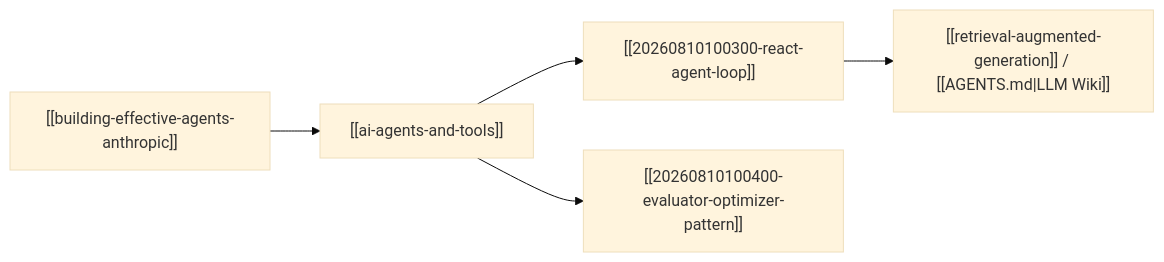
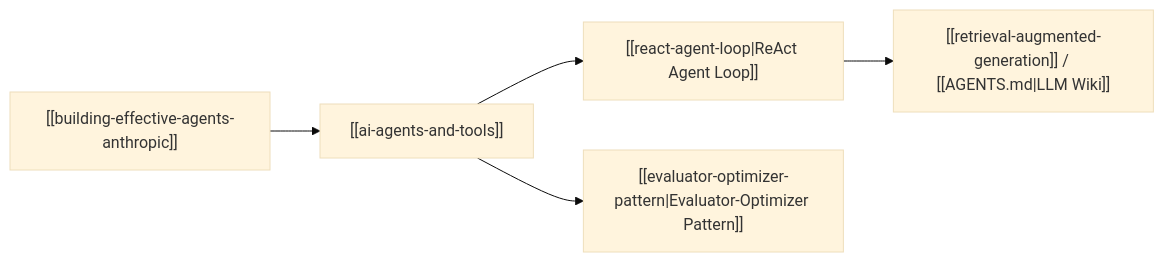
One commit to gopalshivapuja/ai-wiki changed the diagram in wiki/syntheses/moc-agentic-patterns.md. Above: the diagram before and after it, drawn with Mermaid (base theme). The commit also changed other lines of this file and 62 other files, not shown here.

````diff
--- a/wiki/syntheses/moc-agentic-patterns.md
+++ b/wiki/syntheses/moc-agentic-patterns.md
@@ -36,7 +36,7 @@
 ```mermaid
 flowchart LR
     Guide["[[building-effective-agents-anthropic]]"] --> Overview["[[ai-agents-and-tools]]"]
-    Overview --> ReAct["[[20260810100300-react-agent-loop]]"]
-    Overview --> EvalOpt["[[20260810100400-evaluator-optimizer-pattern]]"]
+    Overview --> ReAct["[[react-agent-loop|ReAct Agent Loop]]"]
+    Overview --> EvalOpt["[[evaluator-optimizer-pattern|Evaluator-Optimizer Pattern]]"]
     ReAct --> WikiStore["[[retrieval-augmented-generation]] / [[AGENTS.md|LLM Wiki]]"]
 ```
````
